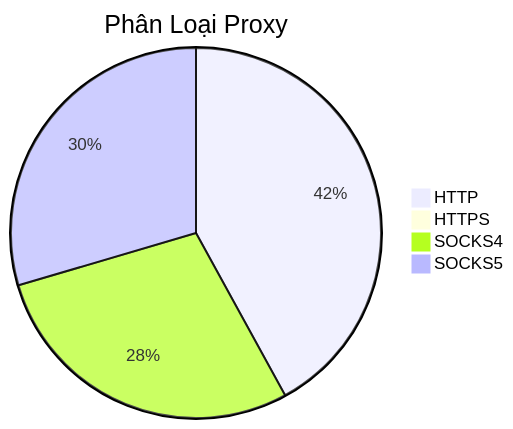
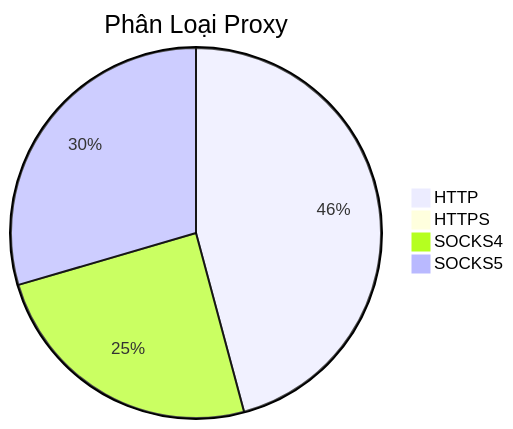
The diagram in README.md (Ciara-12/PROXY-free), drawn with Mermaid before and after one commit. The commit also changed other lines of this file and 3 other files, not shown here.

````diff
--- a/README.md
+++ b/README.md
@@ -26,7 +26,7 @@
 ```mermaid
 pie title Phân Loại Proxy
-    "HTTP" : 452
+    "HTTP" : 537
     "HTTPS" : 0
-    "SOCKS4" : 306
-    "SOCKS5" : 318
+    "SOCKS4" : 289
+    "SOCKS5" : 346
 ```
````
